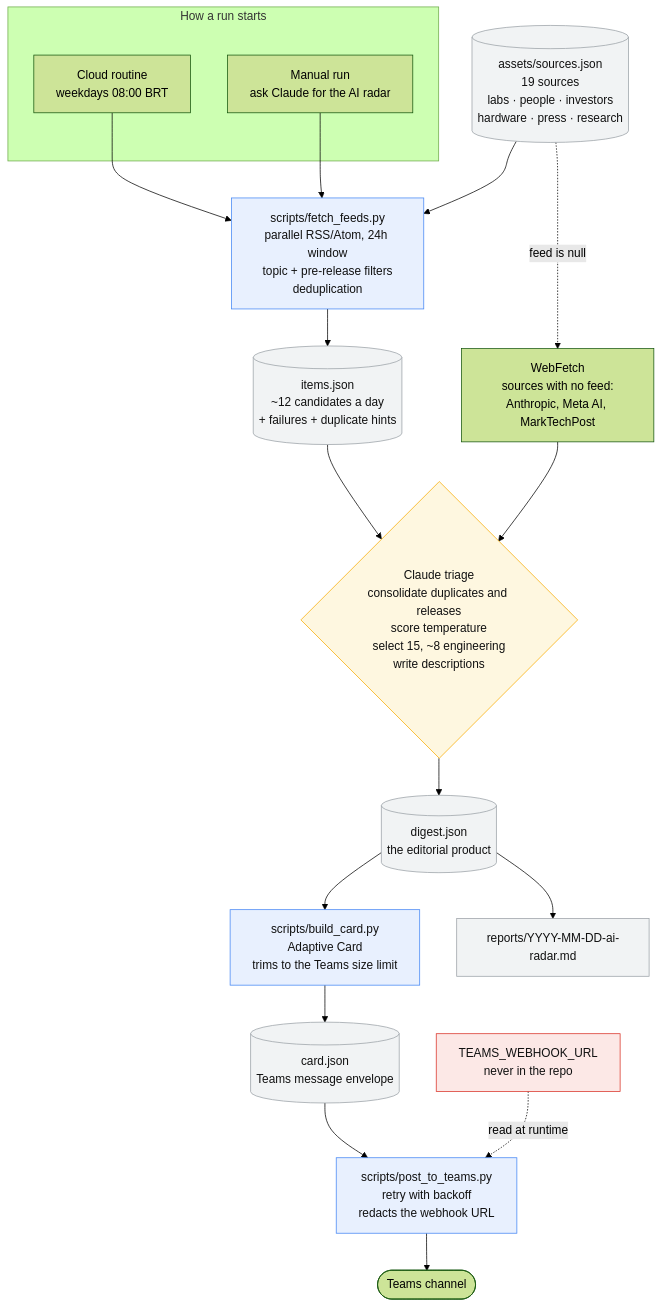
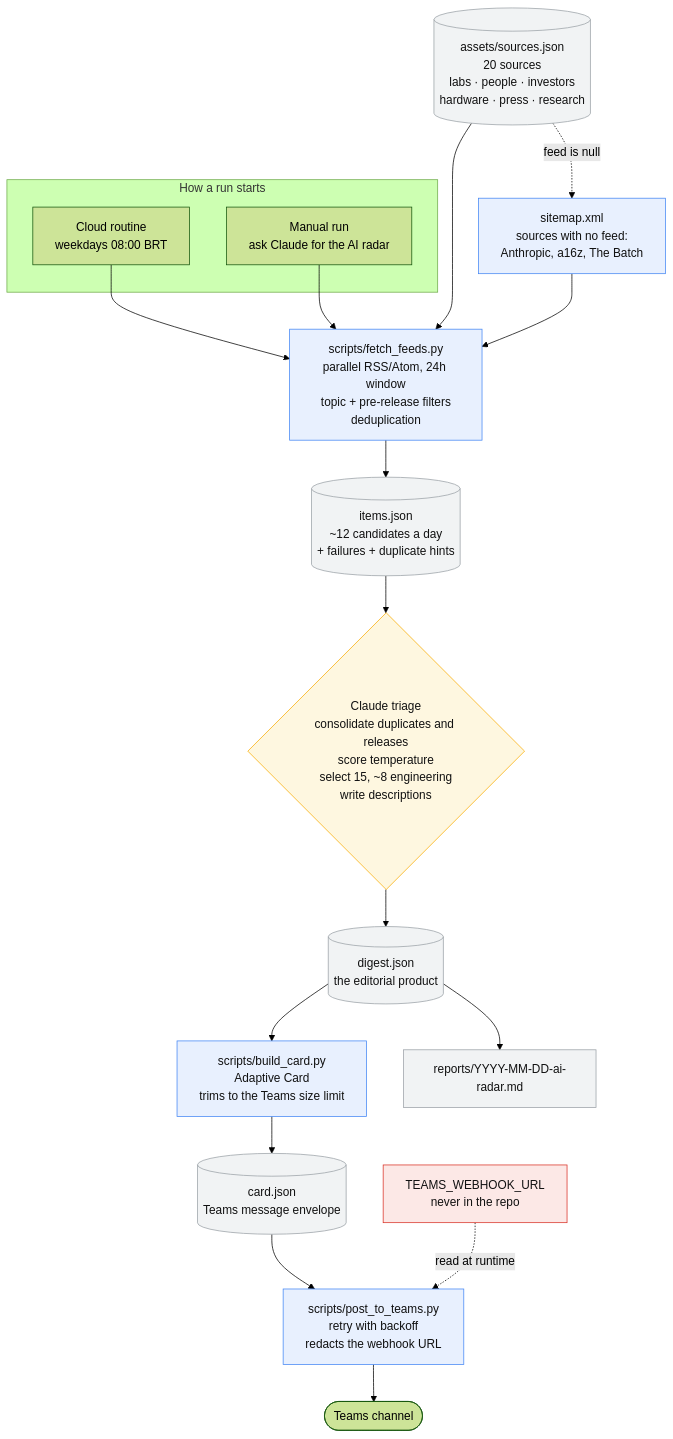
The diagram in README.md (werner-denzin/claude-labs), drawn with Mermaid (forest theme) before and after one commit. The commit also changed other lines of this file and 3 other files, not shown here.

````diff
--- a/README.md
+++ b/README.md
@@ -19,47 +19,48 @@
 ```mermaid
 flowchart TD
     subgraph triggers["How a run starts"]
         ROUTINE["Cloud routine<br>weekdays 08:00 BRT"]
         MANUAL["Manual run<br>ask Claude for the AI radar"]
     end
 
-    CATALOG[("assets/sources.json<br>19 sources<br>labs · people · investors<br>hardware · press · research")]
+    CATALOG[("assets/sources.json<br>20 sources<br>labs · people · investors<br>hardware · press · research")]
     FETCH["scripts/fetch_feeds.py<br>parallel RSS/Atom, 24h window<br>topic + pre-release filters<br>deduplication"]
     ITEMS[("items.json<br>~12 candidates a day<br>+ failures + duplicate hints")]
-    WEB["WebFetch<br>sources with no feed:<br>Anthropic, Meta AI, MarkTechPost"]
+    SITEMAP["sitemap.xml<br>sources with no feed:<br>Anthropic, a16z, The Batch"]
 
     TRIAGE{"Claude triage<br>consolidate duplicates and releases<br>score temperature<br>select 15, ~8 engineering<br>write descriptions"}
     DIGEST[("digest.json<br>the editorial product")]
 
     BUILD["scripts/build_card.py<br>Adaptive Card<br>trims to the Teams size limit"]
     CARD[("card.json<br>Teams message envelope")]
     POST["scripts/post_to_teams.py<br>retry with backoff<br>redacts the webhook URL"]
 
     TEAMS(["Teams channel"])
     ARCHIVE["reports/YYYY-MM-DD-ai-radar.md"]
     SECRET["TEAMS_WEBHOOK_URL<br>never in the repo"]
 
     ROUTINE --> FETCH
     MANUAL --> FETCH
     CATALOG --> FETCH
     FETCH --> ITEMS
-    CATALOG -. "feed is null" .-> WEB
+    CATALOG -. "feed is null" .-> SITEMAP
+    SITEMAP --> FETCH
     ITEMS --> TRIAGE
-    WEB --> TRIAGE
     TRIAGE --> DIGEST
     DIGEST --> BUILD
     BUILD --> CARD
     CARD --> POST
     POST --> TEAMS
     DIGEST --> ARCHIVE
     SECRET -. read at runtime .-> POST
 
     classDef script fill:#e8f0fe,stroke:#4285f4,color:#111
     classDef data fill:#f1f3f4,stroke:#9aa0a6,color:#111
     classDef judgment fill:#fef7e0,stroke:#f9ab00,color:#111
     classDef secret fill:#fce8e6,stroke:#d93025,color:#111
     class FETCH,BUILD,POST script
     class CATALOG,ITEMS,DIGEST,CARD,ARCHIVE data
+    class SITEMAP script
     class TRIAGE judgment
     class SECRET secret
 ```
````
